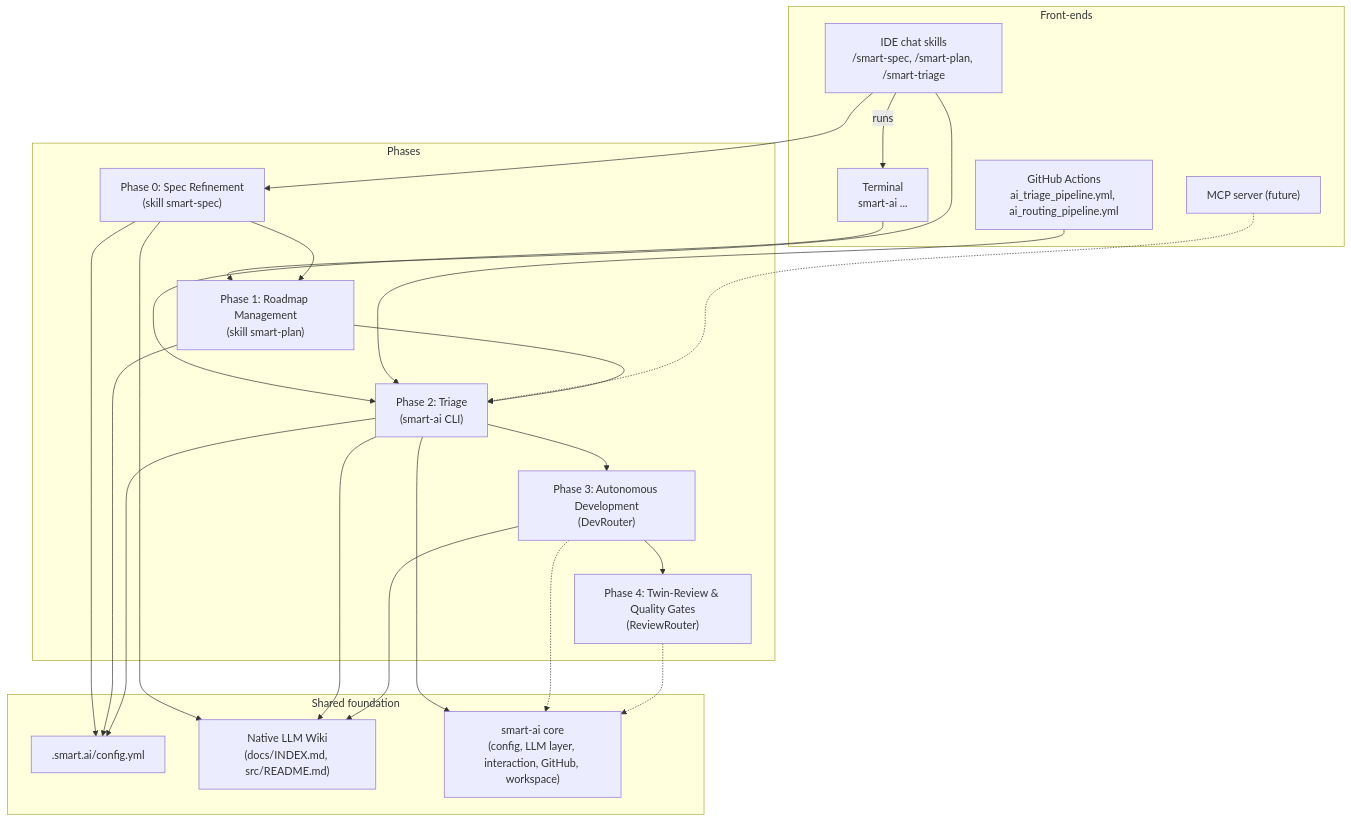
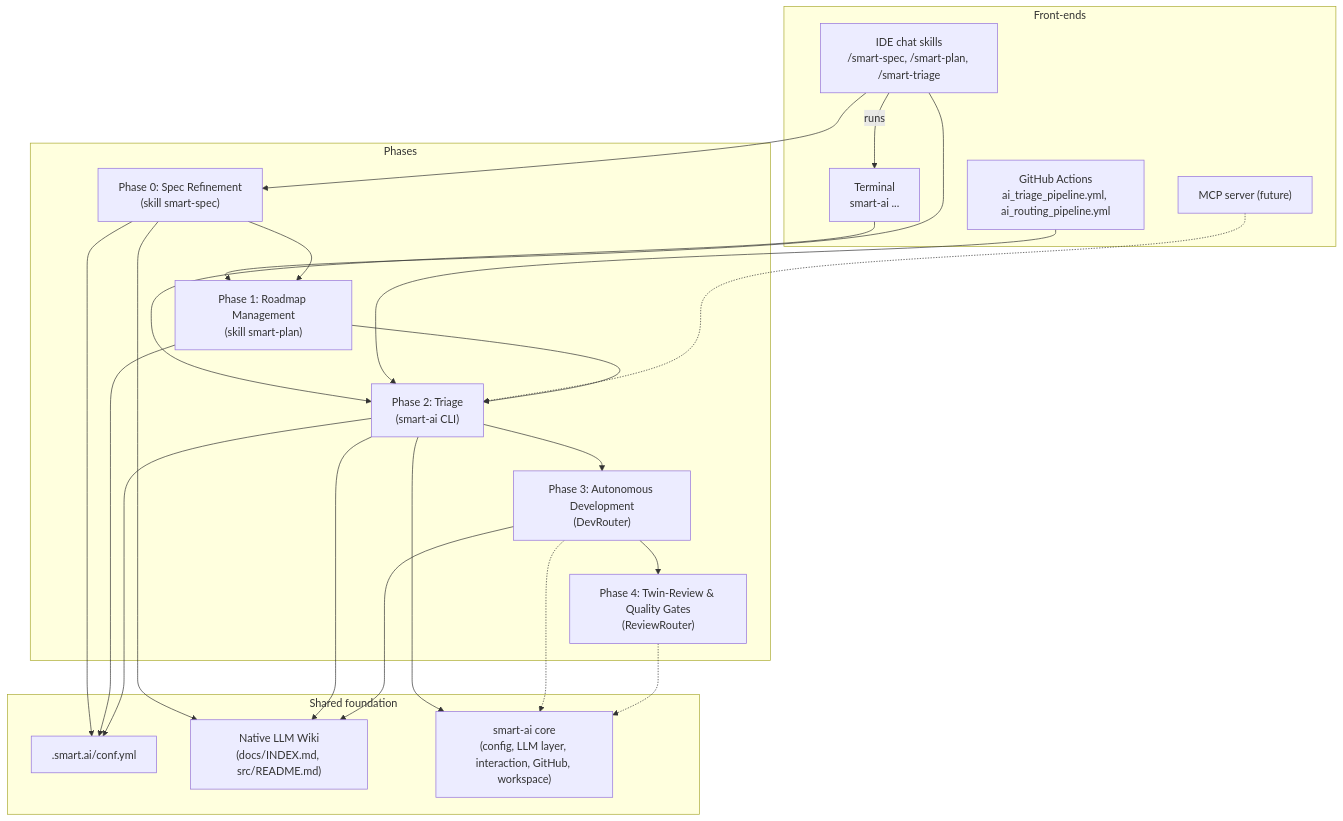
The diagram in docs/architecture.md (fletort/smart-ai-factory), drawn with Mermaid before and after one commit. The commit also changed other lines of this file and 32 other files, not shown here.

````diff
--- a/docs/architecture.md
+++ b/docs/architecture.md
@@ -17,35 +17,35 @@
   ```mermaid
   graph TD
       subgraph "Front-ends"
           CHAT["IDE chat skills<br/>/smart-spec, /smart-plan, /smart-triage"]
           TERM["Terminal<br/>smart-ai ..."]
           GHA["GitHub Actions<br/>ai_triage_pipeline.yml, ai_routing_pipeline.yml"]
           MCP["MCP server (future)"]
       end
 
       subgraph "Phases"
           P0["Phase 0: Spec Refinement<br/>(skill smart-spec)"]
           P1["Phase 1: Roadmap Management<br/>(skill smart-plan)"]
           P2["Phase 2: Triage<br/>(smart-ai CLI)"]
           P3["Phase 3: Autonomous Development<br/>(DevRouter)"]
           P4["Phase 4: Twin-Review & Quality Gates<br/>(ReviewRouter)"]
       end
 
       subgraph "Shared foundation"
-          CFG[".smart.ai/config.yml"]
+          CFG[".smart.ai/conf.yml"]
           WIKI["Native LLM Wiki<br/>(docs/INDEX.md, src/README.md)"]
           CORE["smart-ai core<br/>(config, LLM layer, interaction, GitHub, workspace)"]
       end
 
       CHAT --> P0 & P1
       CHAT -->|runs| TERM
       TERM --> P2
       GHA --> P2
       MCP -.-> P2
       P0 --> P1 --> P2 --> P3 --> P4
       P2 --> CORE
       P3 -.-> CORE
       P4 -.-> CORE
       P0 & P1 & P2 --> CFG
       P0 & P2 & P3 --> WIKI
   ```
````
